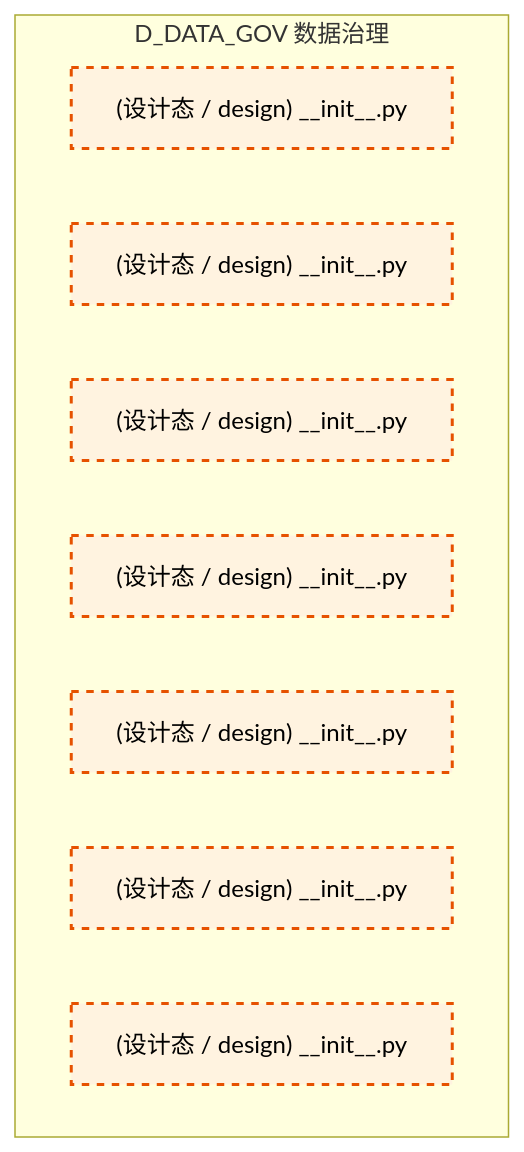
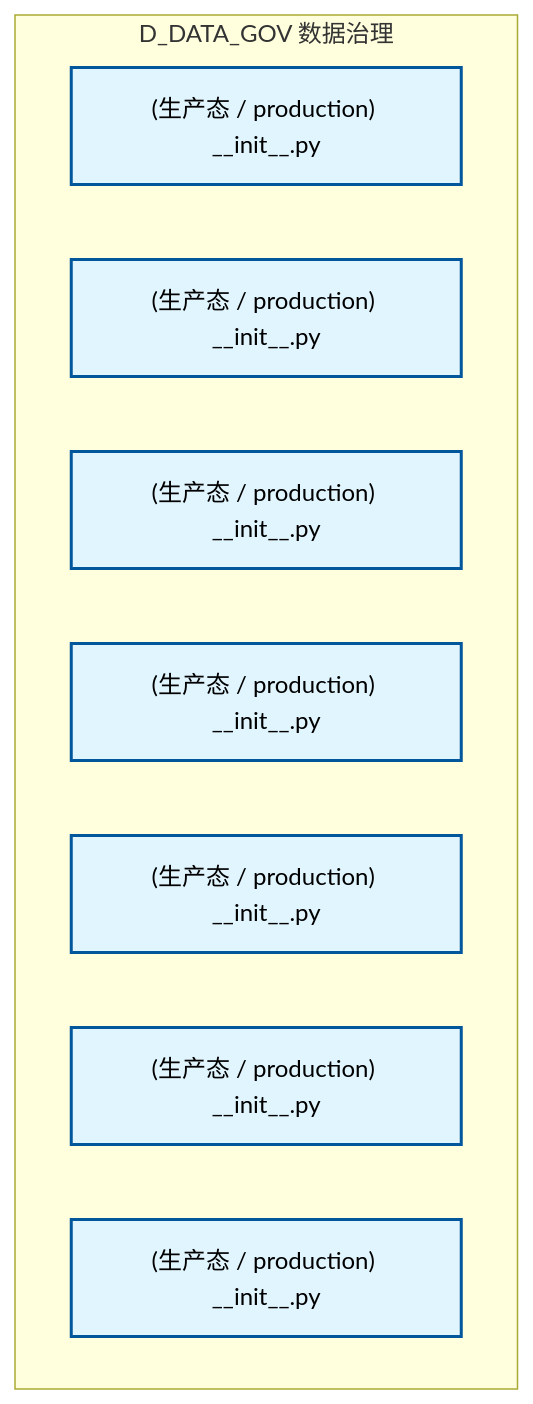
One commit to xuanFelixVan/ZephyrAlpha changed the second of 2 diagrams in docs/02_enterprise_architecture/02_domain_architecture_docs/09_d_data_gov.md. Above: the diagram before and after it, drawn with Mermaid. The commit also changed other lines of this file and 128 other files, not shown here.

````diff
--- a/docs/02_enterprise_architecture/02_domain_architecture_docs/09_d_data_gov.md
+++ b/docs/02_enterprise_architecture/02_domain_architecture_docs/09_d_data_gov.md
@@ -102,17 +89,17 @@
 ```mermaid
 graph TD
     subgraph D_DATA_GOV["D_DATA_GOV 数据治理"]
-        src_zephyr_data_governance_init_py["(设计态 / design) __init__.py"]
-        src_zephyr_data_governance_extensions_init_py["(设计态 / design) __init__.py"]
-        src_zephyr_data_governance_api_init_py["(设计态 / design) __init__.py"]
-        src_zephyr_data_governance_core_init_py["(设计态 / design) __init__.py"]
-        src_zephyr_data_governance_infrastructure_init_py["(设计态 / design) __init__.py"]
-        src_zephyr_data_governance_models_init_py["(设计态 / design) __init__.py"]
-        src_zephyr_data_governance_services_init_py["(设计态 / design) __init__.py"]
+        src_zephyr_data_governance_init_py["(生产态 / production) __init__.py"]
+        src_zephyr_data_governance_extensions_init_py["(生产态 / production) __init__.py"]
+        src_zephyr_data_governance_api_init_py["(生产态 / production) __init__.py"]
+        src_zephyr_data_governance_core_init_py["(生产态 / production) __init__.py"]
+        src_zephyr_data_governance_infrastructure_init_py["(生产态 / production) __init__.py"]
+        src_zephyr_data_governance_models_init_py["(生产态 / production) __init__.py"]
+        src_zephyr_data_governance_services_init_py["(生产态 / production) __init__.py"]
     end
     classDef production fill:#e1f5fe,stroke:#01579b,stroke-width:2px,color:#000
     classDef design fill:#fff3e0,stroke:#e65100,stroke-width:2px,color:#000,stroke-dasharray: 5 5
     classDef external_prod fill:#e8f5e9,stroke:#1b5e20,stroke-width:1px,color:#000
     classDef external_design fill:#fce4ec,stroke:#880e4f,stroke-width:1px,color:#000,stroke-dasharray: 5 5
-    class src_zephyr_data_governance_init_py,src_zephyr_data_governance_extensions_init_py,src_zephyr_data_governance_api_init_py,src_zephyr_data_governance_core_init_py,src_zephyr_data_governance_infrastructure_init_py,src_zephyr_data_governance_models_init_py,src_zephyr_data_governance_services_init_py design
+    class src_zephyr_data_governance_init_py,src_zephyr_data_governance_extensions_init_py,src_zephyr_data_governance_api_init_py,src_zephyr_data_governance_core_init_py,src_zephyr_data_governance_infrastructure_init_py,src_zephyr_data_governance_models_init_py,src_zephyr_data_governance_services_init_py production
 ```
````
